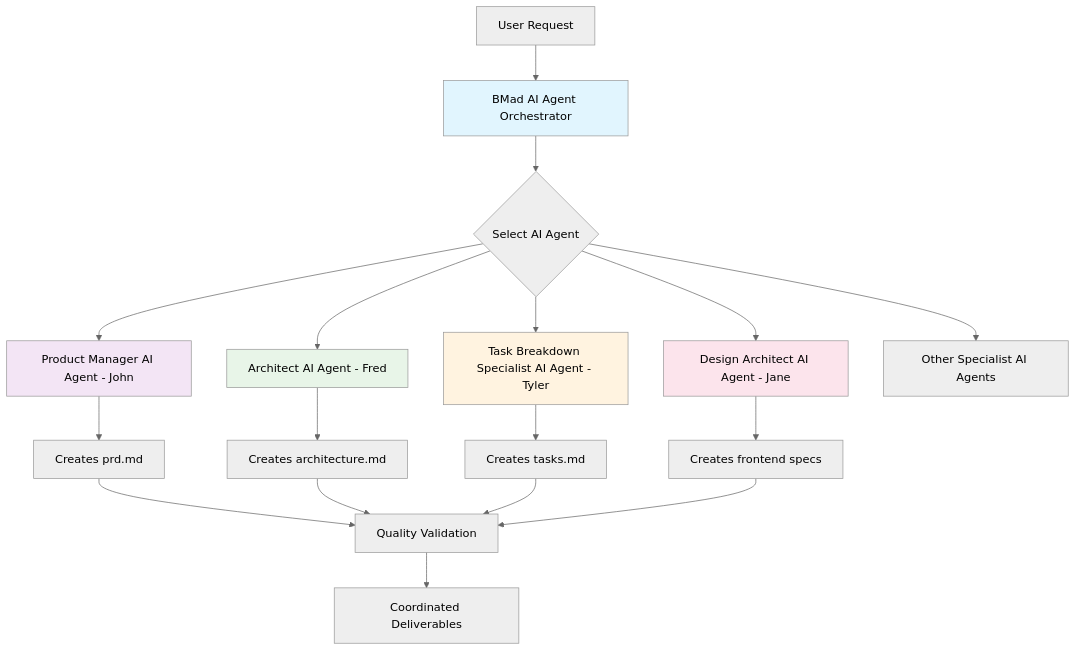
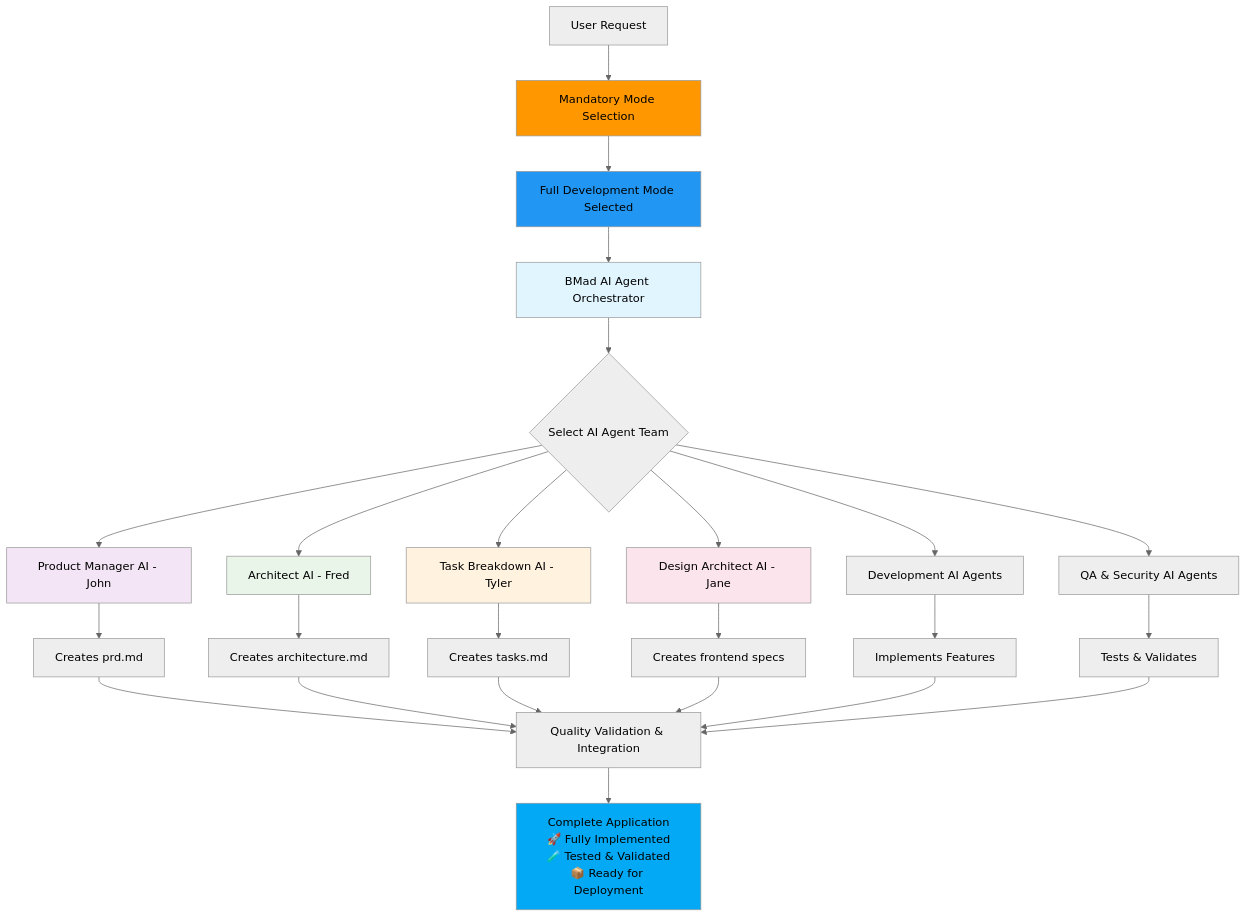
Before and after one commit to usemanusai/CodeMAD: the fourth of 7 diagrams in README.md, drawn with Mermaid (neutral theme). The commit also changed other lines of this file and 6 other files, not shown here.

First line of the commit message:
Add mandatory mode selection system and update documentation workflow

````diff
--- a/README.md
+++ b/README.md
@@ -164,28 +310,40 @@
 ```mermaid
 graph TD
-    A[User Request] --> B[BMad AI Agent Orchestrator]
-    B --> C{Select AI Agent}
-    C --> D[Product Manager AI Agent - John]
-    C --> E[Architect AI Agent - Fred]
-    C --> F[Task Breakdown Specialist AI Agent - Tyler]
-    C --> G[Design Architect AI Agent - Jane]
-    C --> H[Other Specialist AI Agents]
+    A[User Request] --> MS[Mandatory Mode Selection]
+    MS --> FM[Full Development Mode Selected]
 
-    D --> I[Creates prd.md]
-    E --> J[Creates architecture.md]
-    F --> K[Creates tasks.md]
-    G --> L[Creates frontend specs]
+    FM --> B[BMad AI Agent Orchestrator]
+    B --> C{Select AI Agent Team}
 
-    I --> M[Quality Validation]
-    J --> M
-    K --> M
-    L --> M
+    C --> D[Product Manager AI - John]
+    C --> E[Architect AI - Fred]
+    C --> F[Task Breakdown AI - Tyler]
+    C --> G[Design Architect AI - Jane]
+    C --> H[Development AI Agents]
+    C --> I[QA & Security AI Agents]
 
-    M --> N[Coordinated Deliverables]
+    D --> J[Creates prd.md]
+    E --> K[Creates architecture.md]
+    F --> L[Creates tasks.md]
+    G --> M[Creates frontend specs]
+    H --> N[Implements Features]
+    I --> O[Tests & Validates]
 
+    J --> P[Quality Validation & Integration]
+    K --> P
+    L --> P
+    M --> P
+    N --> P
+    O --> P
+
+    P --> Q[Complete Application<br/>🚀 Fully Implemented<br/>🧪 Tested & Validated<br/>📦 Ready for Deployment]
+
+    style MS fill:#ff9800
+    style FM fill:#2196f3
     style B fill:#e1f5fe
     style D fill:#f3e5f5
     style E fill:#e8f5e8
     style F fill:#fff3e0
     style G fill:#fce4ec
+    style Q fill:#03a9f4
 ```
````
